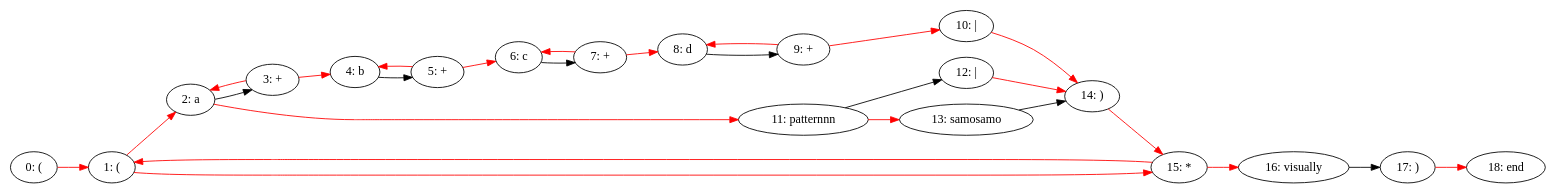
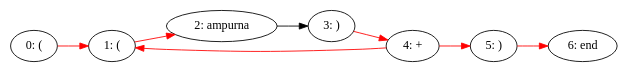
Before and after one commit to SalihErenYzb/Regex-Engine: the diagram in grapht.dot, drawn with Graphviz. The commit also changed 3 other files, not shown here.

```diff
--- a/grapht.dot
+++ b/grapht.dot
@@ -1,48 +1,17 @@
 digraph {
 	rankdir=LR
 	0 [label="0: ("];
 	1 [label="1: ("];
-	2 [label="2: a"];
-	3 [label="3: +"];
-	4 [label="4: b"];
-	5 [label="5: +"];
-	6 [label="6: c"];
-	7 [label="7: +"];
-	8 [label="8: d"];
-	9 [label="9: +"];
-	10 [label="10: |"];
-	11 [label="11: patternnn"];
-	12 [label="12: |"];
-	13 [label="13: samosamo"];
-	14 [label="14: )"];
-	15 [label="15: *"];
-	16 [label="16: visually"];
-	17 [label="17: )"];
-	18 [label="18: end"];
+	2 [label="2: ampurna"];
+	3 [label="3: )"];
+	4 [label="4: +"];
+	5 [label="5: )"];
+	6 [label="6: end"];
 	0 -> 1 [color=red];
 	1 -> 2 [color=red];
-	1 -> 15 [color=red];
 	2 -> 3 [color=black];
-	2 -> 11 [color=red];
 	3 -> 4 [color=red];
-	3 -> 2 [color=red];
-	4 -> 5 [color=black];
+	4 -> 5 [color=red];
+	4 -> 1 [color=red];
 	5 -> 6 [color=red];
-	5 -> 4 [color=red];
-	6 -> 7 [color=black];
-	7 -> 8 [color=red];
-	7 -> 6 [color=red];
-	8 -> 9 [color=black];
-	9 -> 10 [color=red];
-	9 -> 8 [color=red];
-	10 -> 14 [color=red];
-	11 -> 13 [color=red];
-	11 -> 12 [color=black];
-	12 -> 14 [color=red];
-	13 -> 14 [color=black];
-	14 -> 15 [color=red];
-	15 -> 16 [color=red];
-	15 -> 1 [color=red];
-	16 -> 17 [color=black];
-	17 -> 18 [color=red];
 }
```
